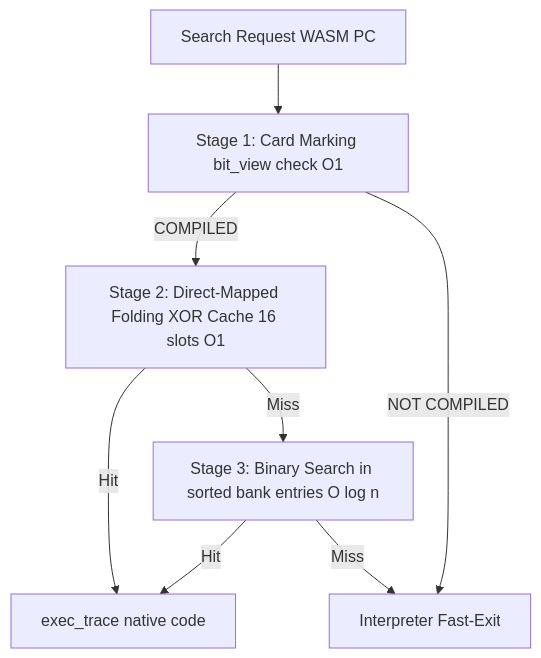
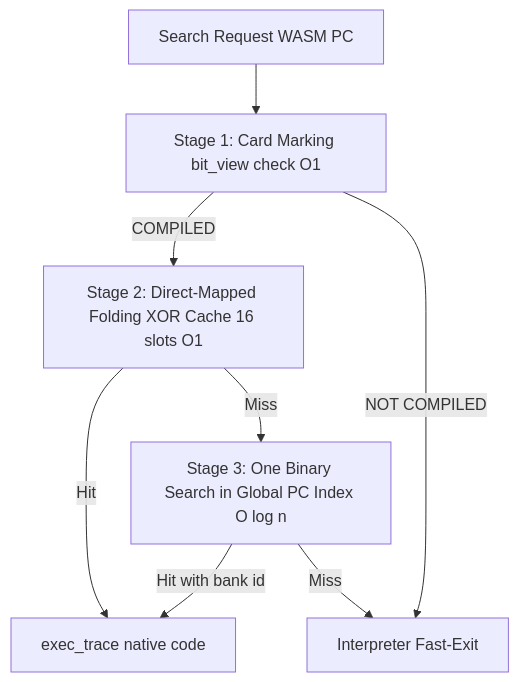
One commit to kmt-t/fireball changed the first of 6 diagrams in docs/components/tier3_plugins/jit_runtime.md. Above: the diagram before and after it, drawn with Mermaid. The commit also changed other lines of this file and 84 other files, not shown here.

````diff
--- a/docs/components/tier3_plugins/jit_runtime.md
+++ b/docs/components/tier3_plugins/jit_runtime.md
@@ -105,10 +105,10 @@
 ```mermaid
 flowchart TD
     Search[Search Request WASM PC] --> Stage1[Stage 1: Card Marking bit_view check O1]
     Stage1 -->|COMPILED| Stage2[Stage 2: Direct-Mapped Folding XOR Cache 16 slots O1]
     Stage1 -->|NOT COMPILED| Interp[Interpreter Fast-Exit]
     Stage2 -->|Hit| Exec[exec_trace native code]
-    Stage2 -->|Miss| Stage3[Stage 3: Binary Search in sorted bank entries O log n]
-    Stage3 -->|Hit| Exec
+    Stage2 -->|Miss| Stage3[Stage 3: One Binary Search in Global PC Index O log n]
+    Stage3 -->|Hit with bank id| Exec
     Stage3 -->|Miss| Interp
 ```
````
